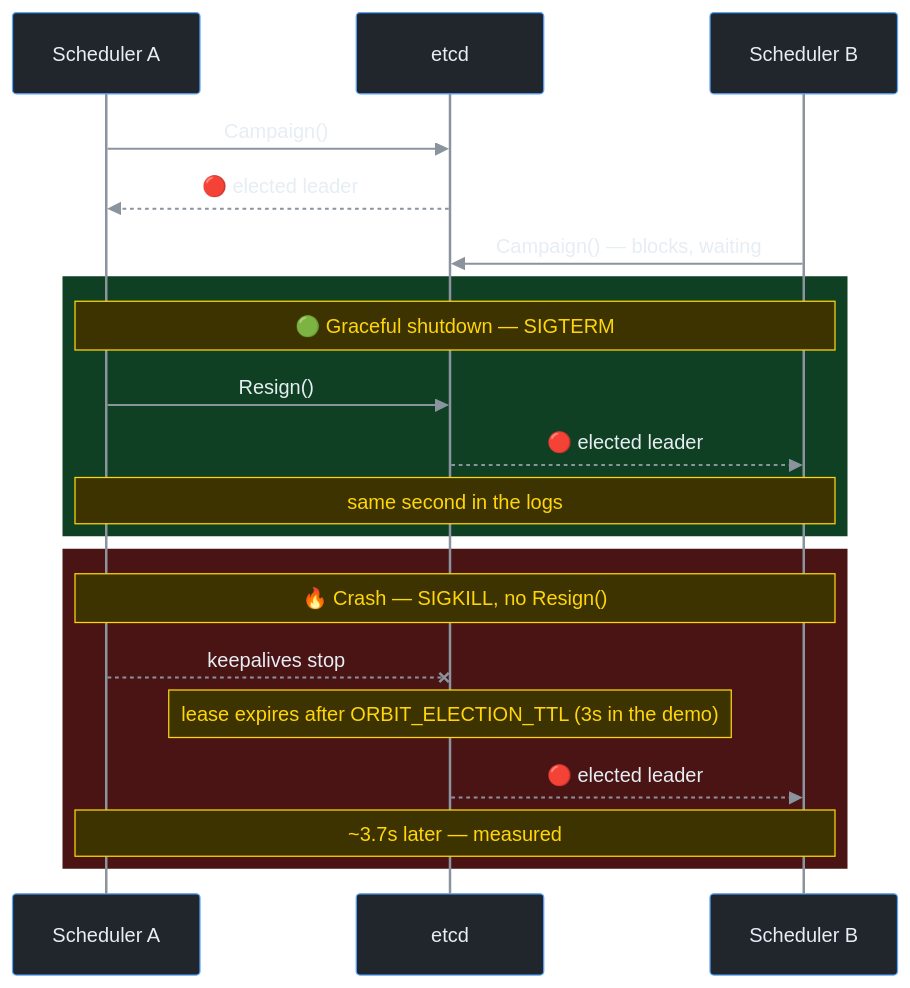
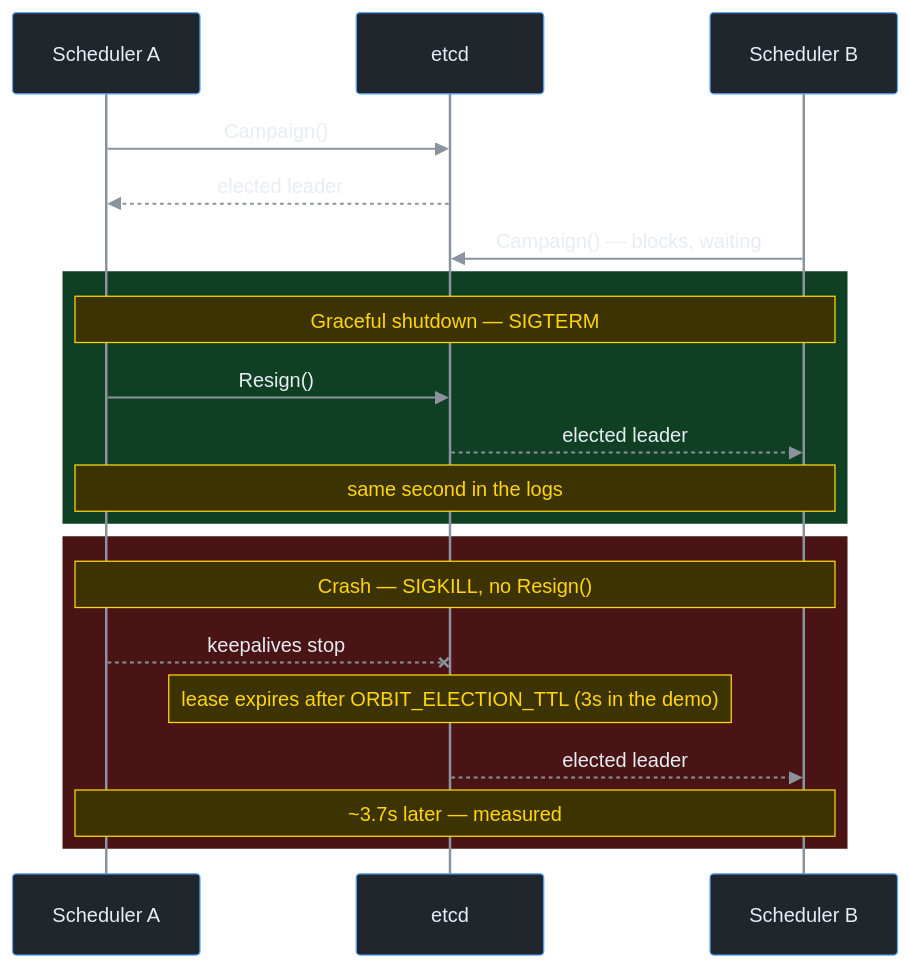
The fourth of 5 diagrams in README.md (VaibhavDangaich/Orbit), drawn with Mermaid before and after one commit. The commit also changed other lines of this file, not shown here.

First line of the commit message:
Remove emoji from README Mermaid diagrams

````diff
--- a/README.md
+++ b/README.md
@@ -214,49 +214,49 @@
 ```mermaid
 %%{init: {'theme':'base', 'themeVariables': {
   'background': '#0d1117',
   'primaryColor': '#21262d',
   'primaryTextColor': '#e6edf3',
   'primaryBorderColor': '#58a6ff',
   'lineColor': '#8b949e',
   'textColor': '#e6edf3',
   'actorBkg': '#21262d',
   'actorBorder': '#58a6ff',
   'actorTextColor': '#e6edf3',
   'actorLineColor': '#8b949e',
   'signalColor': '#8b949e',
   'signalTextColor': '#e6edf3',
   'labelBoxBkgColor': '#21262d',
   'labelBoxBorderColor': '#58a6ff',
   'labelTextColor': '#e6edf3',
   'loopTextColor': '#e6edf3',
   'noteBkgColor': '#3d3300',
   'noteTextColor': '#ffd60a',
   'noteBorderColor': '#ffd60a',
   'activationBkgColor': '#30363d',
   'activationBorderColor': '#58a6ff',
   'sequenceNumberColor': '#0d1117'
 }}}%%
 sequenceDiagram
     participant A as Scheduler A
     participant E as etcd
     participant B as Scheduler B
 
     A->>E: Campaign()
-    E-->>A: 🔴 elected leader
+    E-->>A: elected leader
     B->>E: Campaign() — blocks, waiting
 
     rect rgb(15, 64, 35)
-    Note over A,B: 🟢 Graceful shutdown — SIGTERM
+    Note over A,B: Graceful shutdown — SIGTERM
     A->>E: Resign()
-    E-->>B: 🔴 elected leader
+    E-->>B: elected leader
     Note over A,B: same second in the logs
     end
 
     rect rgb(74, 20, 20)
-    Note over A,B: 🔥 Crash — SIGKILL, no Resign()
+    Note over A,B: Crash — SIGKILL, no Resign()
     A--xE: keepalives stop
     Note over E: lease expires after ORBIT_ELECTION_TTL (3s in the demo)
-    E-->>B: 🔴 elected leader
+    E-->>B: elected leader
     Note over A,B: ~3.7s later — measured
     end
 ```
````
